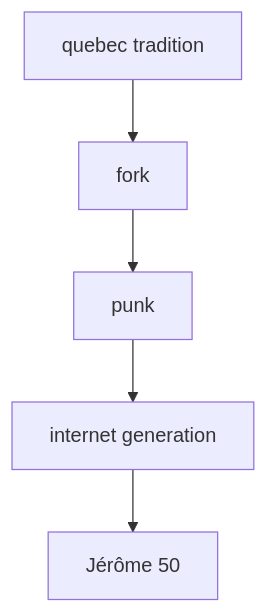
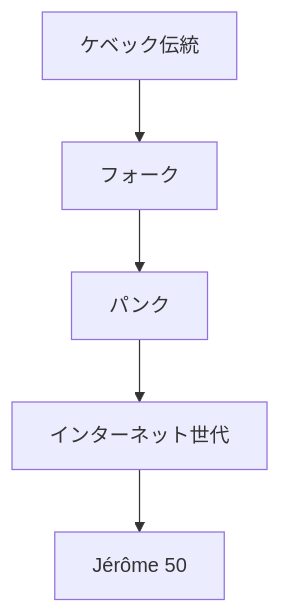
One commit to monumental-movement/monumental-movement.github.io changed the seventh of 7 diagrams in en/_posts/2026-05-09-column-jerome-50.md. Above: the diagram before and after it, drawn with Mermaid. The commit also changed other lines of this file and 2196 other files, not shown here.

```diff
--- a/en/_posts/2026-05-09-column-jerome-50.md
+++ b/en/_posts/2026-05-09-column-jerome-50.md
@@ -350,7 +350,7 @@
 <div class="mermaid">
 graph TD
-A[quebec tradition] --> B[fork]
-B --> C[punk]
-C --> D[internet generation]
+A[ケベック伝統] --> B[フォーク]
+B --> C[パンク]
+C --> D[インターネット世代]
 D --> E[Jérôme 50]
 </div>
```
